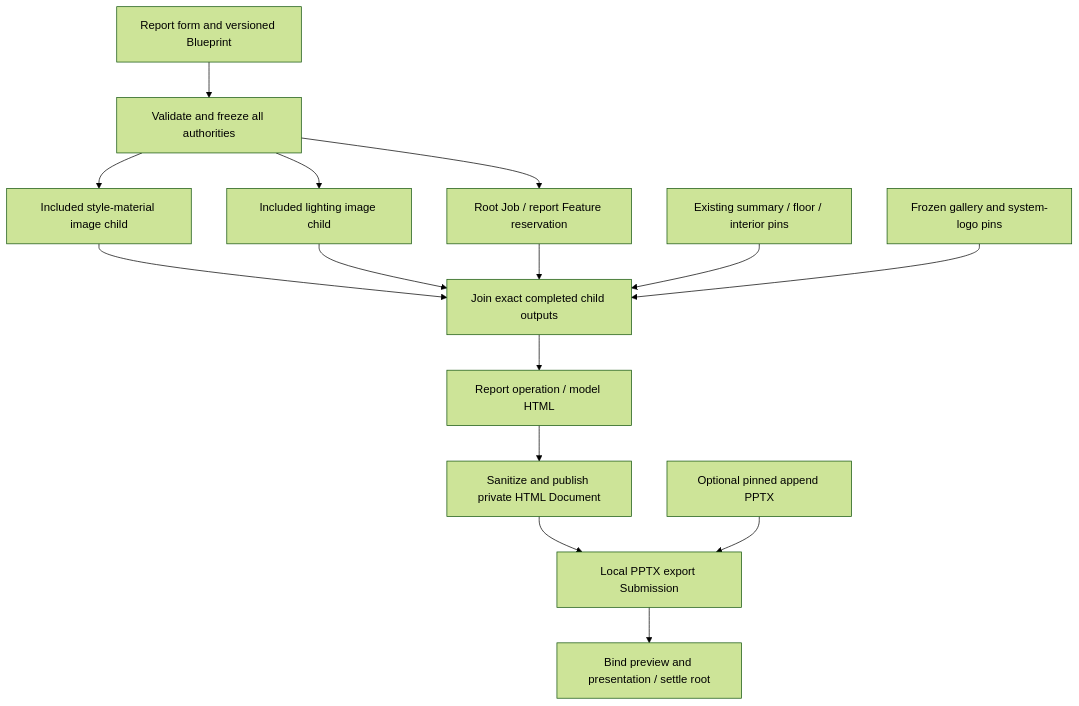
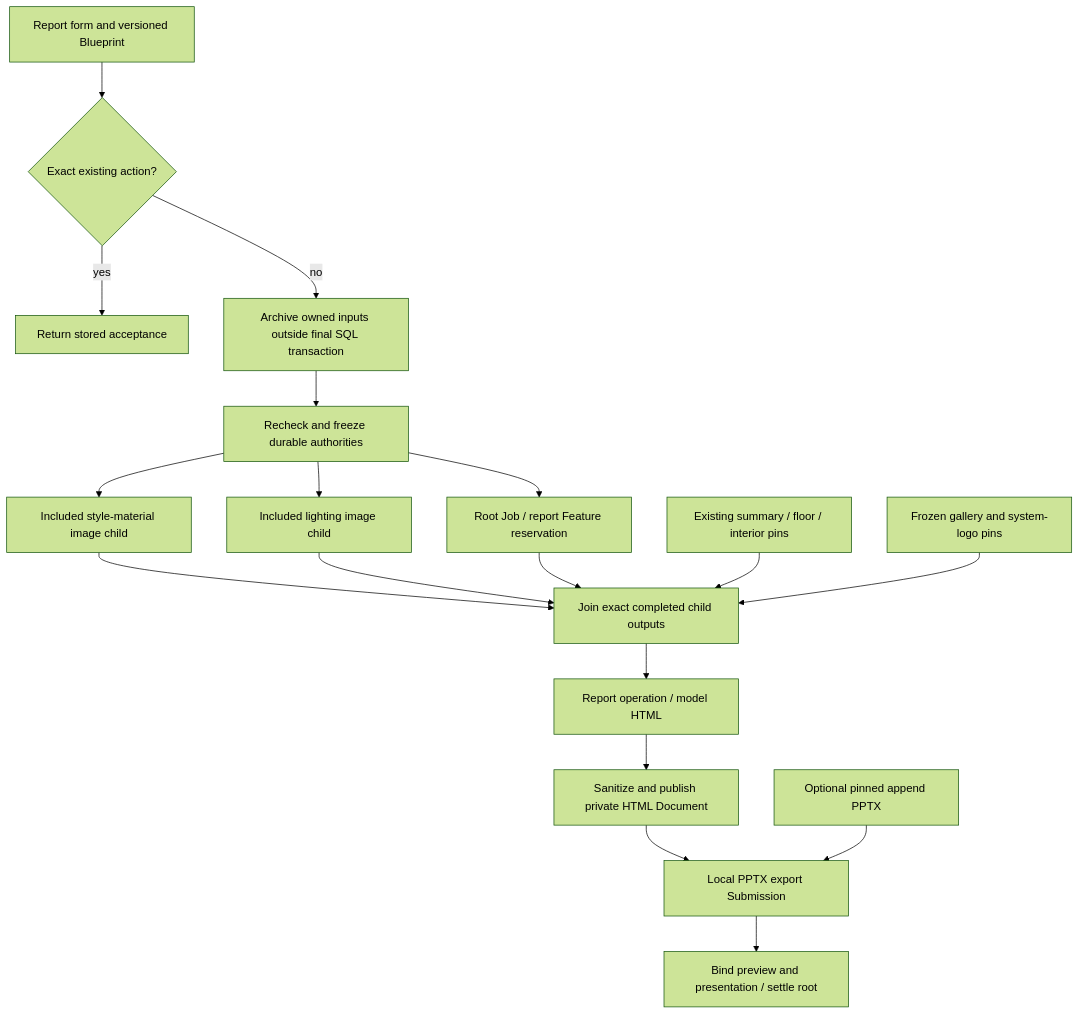
One commit to Orientation-CD/docs changed the first of 2 diagrams in reference/flows/report-view-flow.md. Above: the diagram before and after it, drawn with Mermaid (forest theme). The commit also changed other lines of this file and 187 other files, not shown here.

````diff
--- a/reference/flows/report-view-flow.md
+++ b/reference/flows/report-view-flow.md
@@ -23,17 +25,20 @@
 ```mermaid
 flowchart TD
-  UI[Report form and versioned Blueprint] --> A[Validate and freeze all authorities]
+  UI[Report form and versioned Blueprint] --> REPLAY{Exact existing action?}
+  REPLAY -->|yes| OLD[Return stored acceptance]
+  REPLAY -->|no| ARCH[Archive owned inputs outside final SQL transaction]
+  ARCH --> A[Recheck and freeze durable authorities]
   A --> ROOT[Root Job / report Feature reservation]
   A --> C1[Included style-material image child]
   A --> C2[Included lighting image child]
   C1 --> JOIN[Join exact completed child outputs]
   C2 --> JOIN
   ROOT --> JOIN
   EXIST[Existing summary / floor / interior pins] --> JOIN
   GALLERY[Frozen gallery and system-logo pins] --> JOIN
   JOIN --> REPORT[Report operation / model HTML]
   REPORT --> CLEAN[Sanitize and publish private HTML Document]
   CLEAN --> EXPORT[Local PPTX export Submission]
   APPEND[Optional pinned append PPTX] --> EXPORT
   EXPORT --> FINISH[Bind preview and presentation / settle root]
 ```
````
